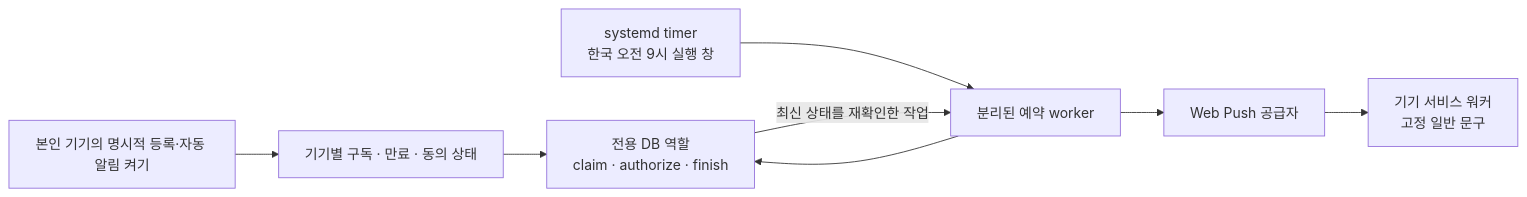
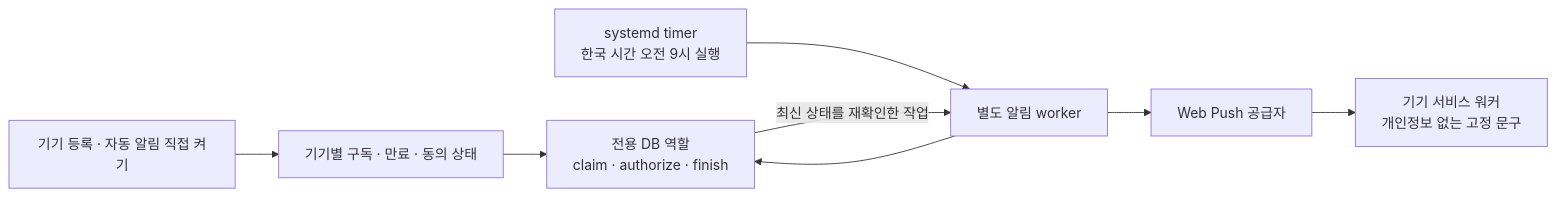
One commit to jhpark-jarvis/we2day changed the fifth of 5 diagrams in guides/architecture.md. Above: the diagram before and after it, drawn with Mermaid. The commit also changed other lines of this file and 6 other files, not shown here.

````diff
--- a/guides/architecture.md
+++ b/guides/architecture.md
@@ -142,10 +123,10 @@
 ```mermaid
 flowchart LR
-  Device["본인 기기의 명시적 등록·자동 알림 켜기"] --> Subscription["기기별 구독 · 만료 · 동의 상태"]
-  Timer["systemd timer<br/>한국 오전 9시 실행 창"] --> Worker["분리된 예약 worker"]
+  Device["기기 등록 · 자동 알림 직접 켜기"] --> Subscription["기기별 구독 · 만료 · 동의 상태"]
+  Timer["systemd timer<br/>한국 시간 오전 9시 실행"] --> Worker["별도 알림 worker"]
   Worker --> Functions["전용 DB 역할<br/>claim · authorize · finish"]
   Subscription --> Functions
   Functions -->|"최신 상태를 재확인한 작업"| Worker
   Worker --> Push["Web Push 공급자"]
-  Push --> SW["기기 서비스 워커<br/>고정 일반 문구"]
+  Push --> SW["기기 서비스 워커<br/>개인정보 없는 고정 문구"]
 ```
````
